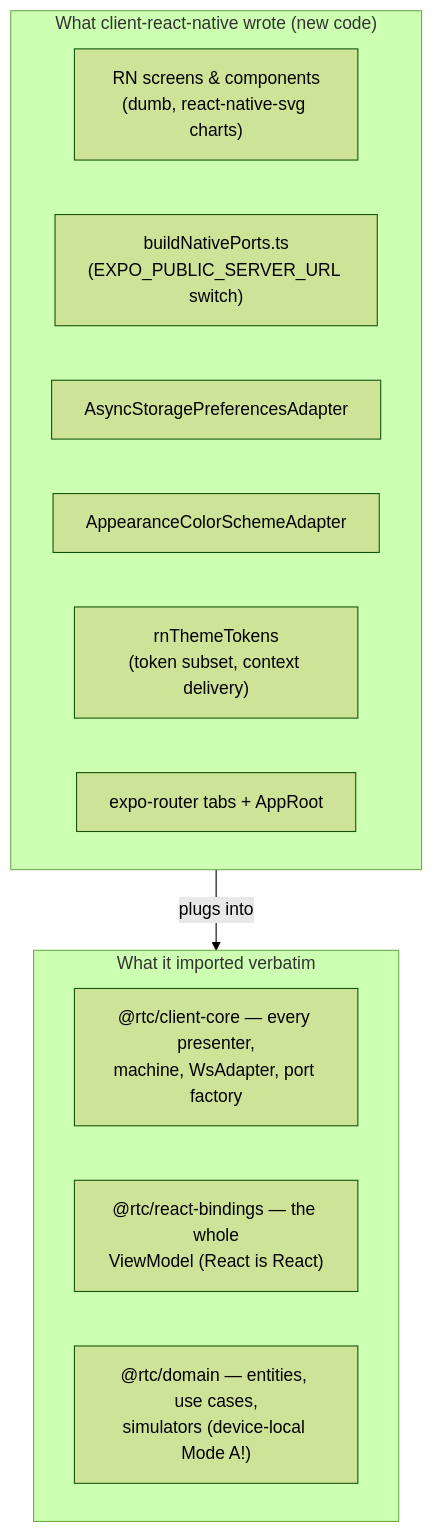
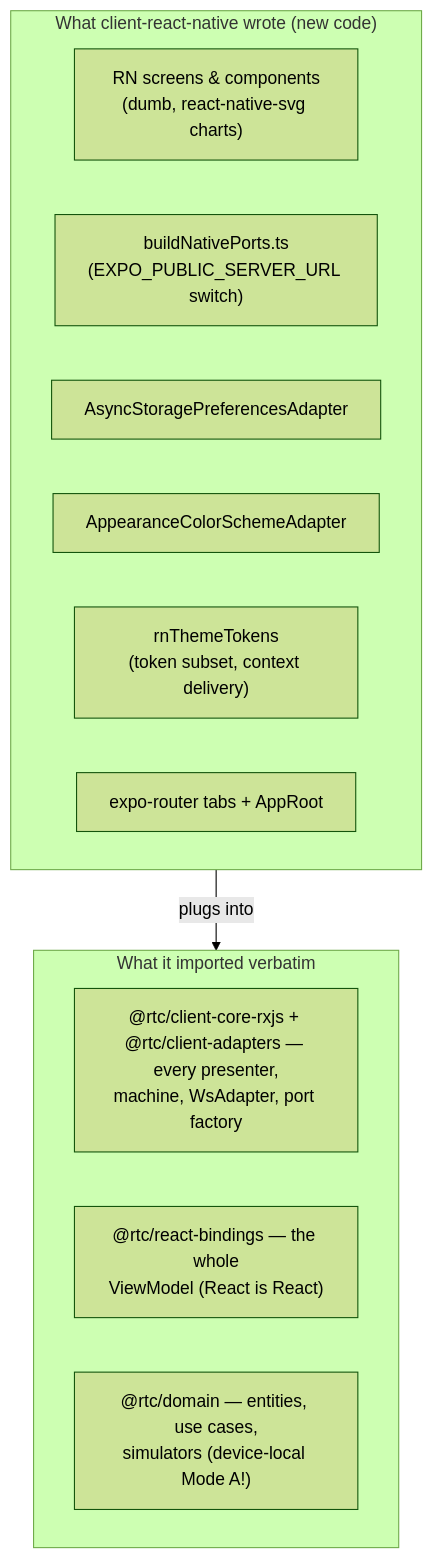
One commit to bettersoftware-io/ReactiveTraderCloudClone changed the diagram in docs/architecture/08-replaceability-matrix.md. Above: the diagram before and after it, drawn with Mermaid (forest theme). The commit also changed other lines of this file and 43 other files, not shown here.

First line of the commit message:
docs: the three sibling cores and @rtc/client-adapters; retire the import codemod

````diff
--- a/docs/architecture/08-replaceability-matrix.md
+++ b/docs/architecture/08-replaceability-matrix.md
@@ -38,17 +38,17 @@
 ```mermaid
 flowchart TD
     subgraph new["What client-react-native wrote (new code)"]
         n1["RN screens & components<br/>(dumb, react-native-svg charts)"]
         n2["buildNativePorts.ts<br/>(EXPO_PUBLIC_SERVER_URL switch)"]
         n3["AsyncStoragePreferencesAdapter"]
         n4["AppearanceColorSchemeAdapter"]
         n5["rnThemeTokens<br/>(token subset, context delivery)"]
         n6["expo-router tabs + AppRoot"]
     end
     subgraph reused["What it imported verbatim"]
-        r1["@rtc/client-core — every presenter,<br/>machine, WsAdapter, port factory"]
+        r1["@rtc/client-core-rxjs + @rtc/client-adapters — every presenter,<br/>machine, WsAdapter, port factory"]
         r2["@rtc/react-bindings — the whole<br/>ViewModel (React is React)"]
         r3["@rtc/domain — entities, use cases,<br/>simulators (device-local Mode A!)"]
     end
     new -->|"plugs into"| reused
 ```
````
